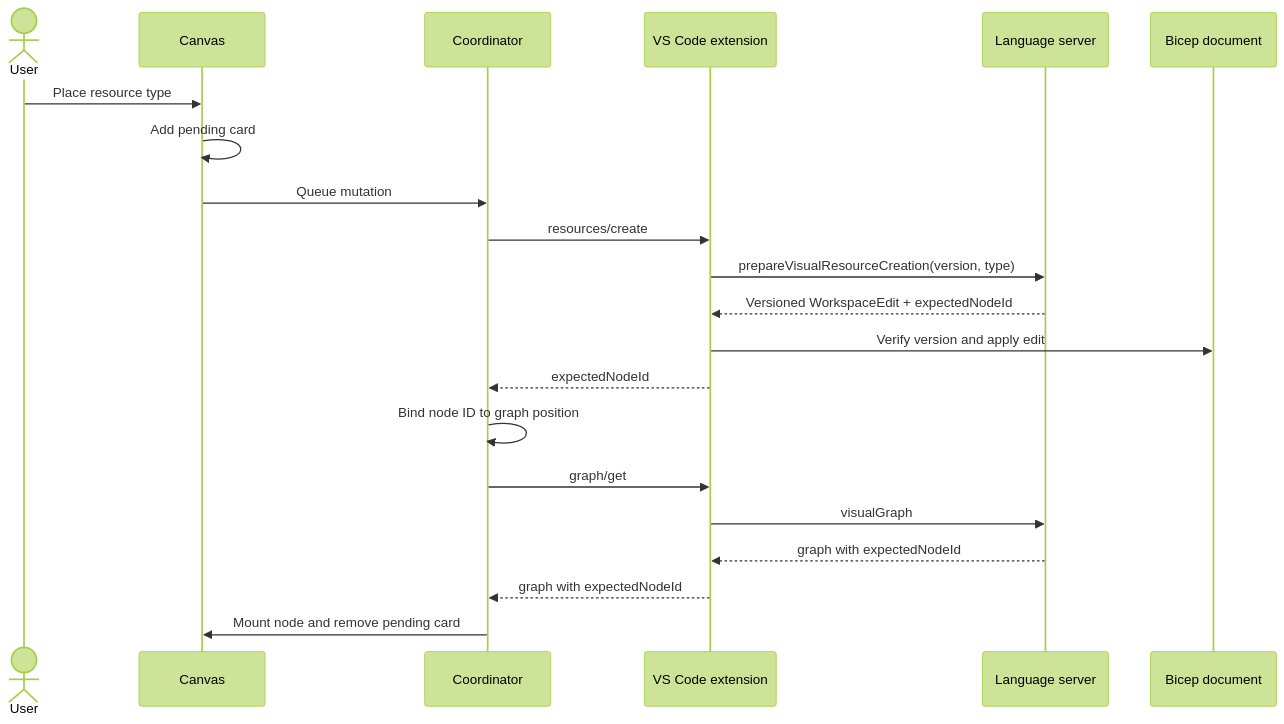
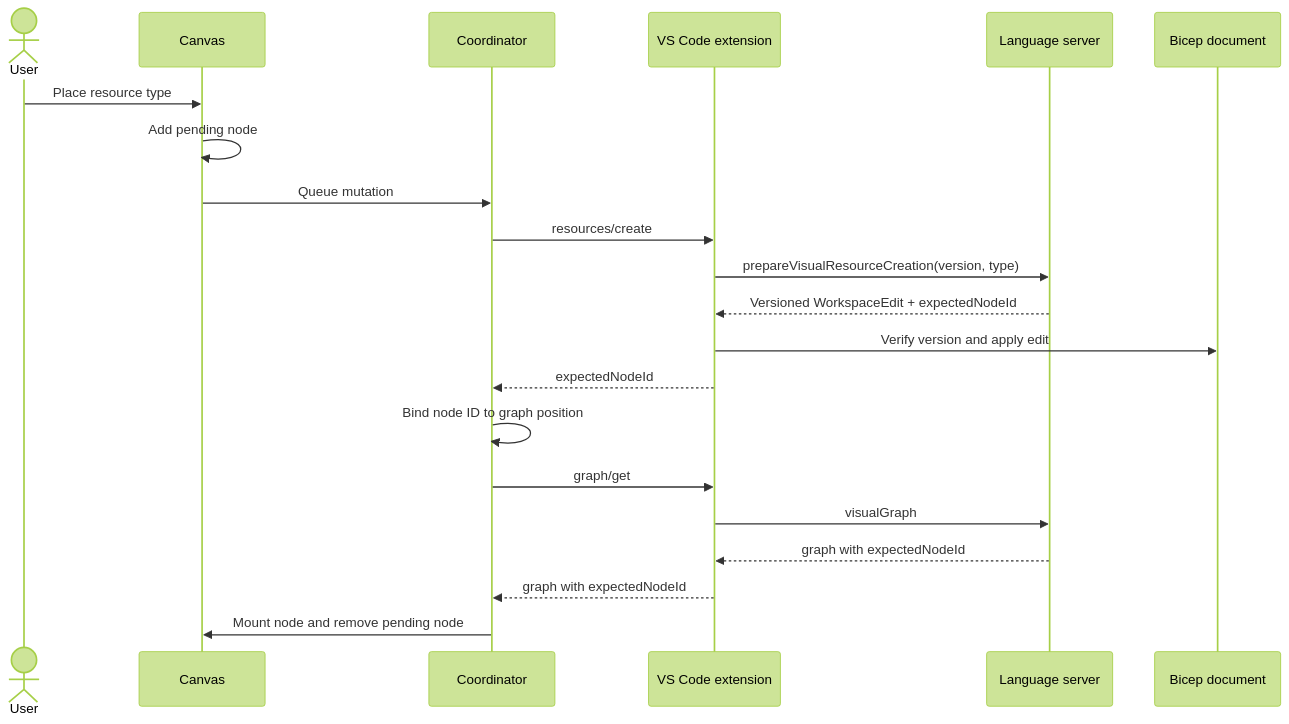
One commit to Azure/bicep changed the second of 2 diagrams in src/vscode-bicep-ui/apps/visual-designer/docs/architecture.md. Above: the diagram before and after it, drawn with Mermaid (forest theme). The commit also changed other lines of this file and 42 other files, not shown here.

````diff
--- a/src/vscode-bicep-ui/apps/visual-designer/docs/architecture.md
+++ b/src/vscode-bicep-ui/apps/visual-designer/docs/architecture.md
@@ -338,24 +397,24 @@
 ```mermaid
 sequenceDiagram
     actor User
     participant Canvas
     participant Coordinator
     participant Ext as VS Code extension
     participant LS as Language server
     participant Doc as Bicep document
 
     User->>Canvas: Place resource type
-    Canvas->>Canvas: Add pending card
+    Canvas->>Canvas: Add pending node
     Canvas->>Coordinator: Queue mutation
     Coordinator->>Ext: resources/create
     Ext->>LS: prepareVisualResourceCreation(version, type)
     LS-->>Ext: Versioned WorkspaceEdit + expectedNodeId
     Ext->>Doc: Verify version and apply edit
     Ext-->>Coordinator: expectedNodeId
     Coordinator->>Coordinator: Bind node ID to graph position
     Coordinator->>Ext: graph/get
     Ext->>LS: visualGraph
     LS-->>Ext: graph with expectedNodeId
     Ext-->>Coordinator: graph with expectedNodeId
-    Coordinator->>Canvas: Mount node and remove pending card
+    Coordinator->>Canvas: Mount node and remove pending node
 ```
````
